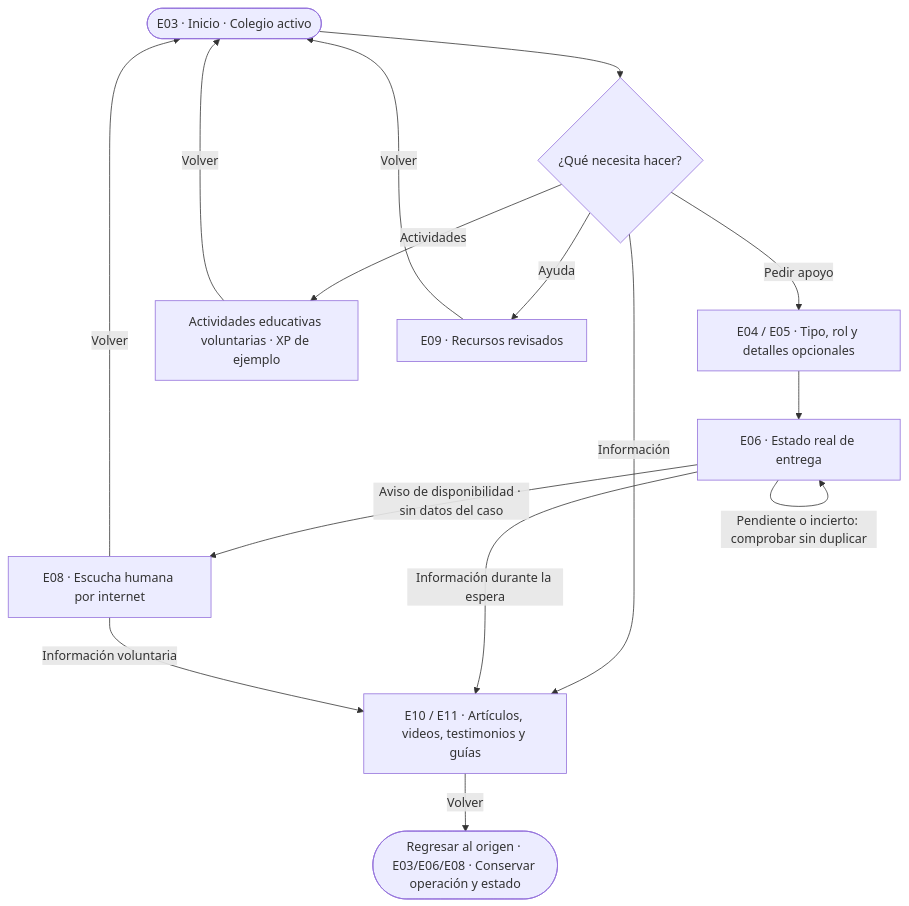
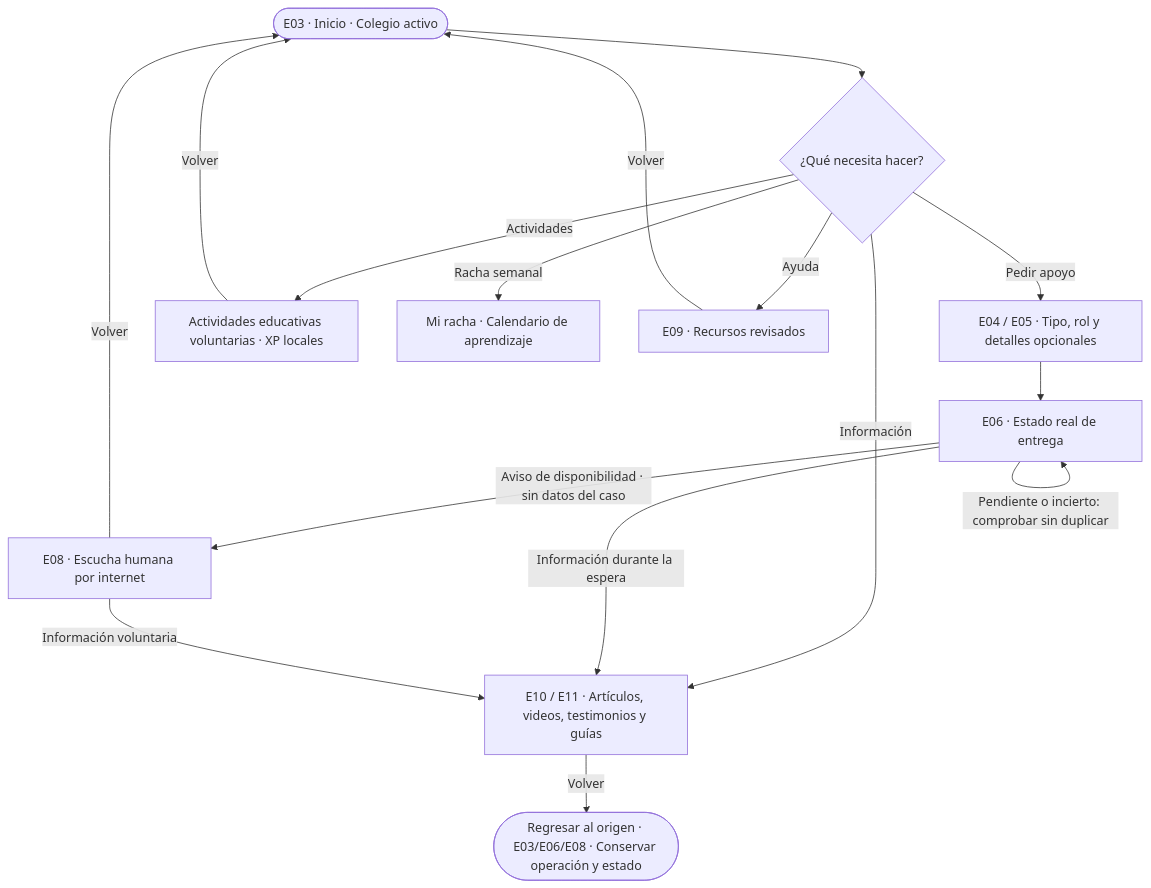
The second of 7 diagrams in docs/diseno/flujos/README.md (JaBaca67/Setu-Unicef-Bugnuelitos-UAM), drawn with Mermaid before and after one commit. The commit also changed 7 other files, not shown here.

````diff
--- a/docs/diseno/flujos/README.md
+++ b/docs/diseno/flujos/README.md
@@ -51,17 +51,18 @@
 ```mermaid
 flowchart TD
     A(["E03 · Inicio · Colegio activo"]) --> B{"¿Qué necesita hacer?"}
     B -->|"Pedir apoyo"| C["E04 / E05 · Tipo, rol y detalles opcionales"]
-    B -->|"Actividades"| ACT["Actividades educativas voluntarias · XP de ejemplo"]
+    B -->|"Actividades"| ACT["Actividades educativas voluntarias · XP locales"]
+    B -->|"Racha semanal"| CAL["Mi racha · Calendario de aprendizaje"]
     B -->|"Información"| E["E10 / E11 · Artículos, videos, testimonios y guías"]
     B -->|"Ayuda"| F["E09 · Recursos revisados"]
     C --> G["E06 · Estado real de entrega"]
     G -->|"Aviso de disponibilidad · sin datos del caso"| H["E08 · Escucha humana por internet"]
     G -->|"Información durante la espera"| E
     H -->|"Información voluntaria"| E
     E -->|"Volver"| R(["Regresar al origen · E03/E06/E08 · Conservar operación y estado"])
     ACT -->|"Volver"| A
     F -->|"Volver"| A
     H -->|"Volver"| A
     G -->|"Pendiente o incierto: comprobar sin duplicar"| G
 ```
````
